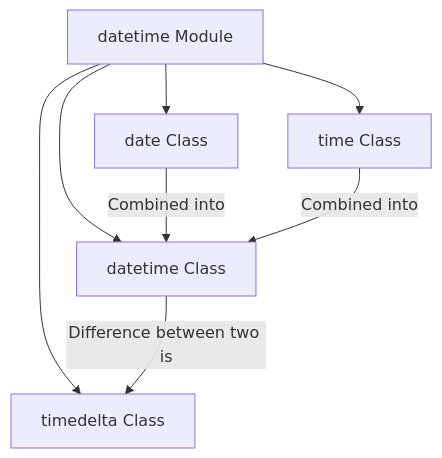
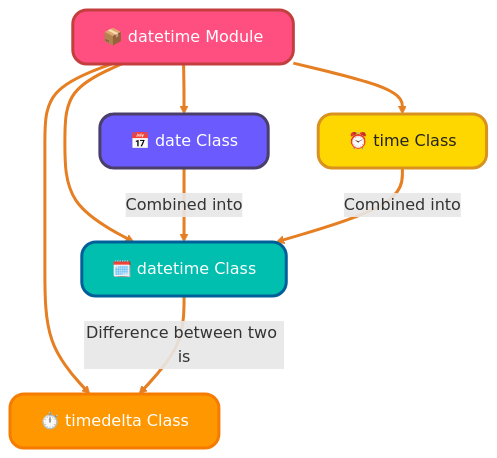
One commit to infoyouth/infoyouth.github.io changed the first of 8 diagrams in _posts/python/2025-12-06-20.-working-with-dates-and-times.md. Above: the diagram before and after it, drawn with Mermaid. The commit also changed other lines of this file and 1 other file, not shown here.

Commit message:
feat: apply BLOG-REVIEW-RULES styling to Python datetime and TypeScript posts TypeScript post: - Minor updates and refinements

````diff
--- a/_posts/python/2025-12-06-20.-working-with-dates-and-times.md
+++ b/_posts/python/2025-12-06-20.-working-with-dates-and-times.md
@@ -52,10 +57,18 @@
 ```mermaid
 graph TD
-    A[datetime Module] --> B[date Class];
-    A --> C[time Class];
-    A --> D[datetime Class];
-    A --> E[timedelta Class];
-    B -- "Combined into" --> D;
-    C -- "Combined into" --> D;
-    D -- "Difference between two is" --> E;
+    A["📦 datetime Module"]:::style1 --> B["📅 date Class"]:::style2
+    A --> C["⏰ time Class"]:::style3
+    A --> D["🗓️ datetime Class"]:::style4
+    A --> E["⏱️ timedelta Class"]:::style5
+    B -- "Combined into" --> D
+    C -- "Combined into" --> D
+    D -- "Difference between two is" --> E
+
+    classDef style1 fill:#ff4f81,stroke:#c43e3e,color:#fff,font-size:16px,stroke-width:3px,rx:14,shadow:6px;
+    classDef style2 fill:#6b5bff,stroke:#4a3f6b,color:#fff,font-size:16px,stroke-width:3px,rx:14,shadow:6px;
+    classDef style3 fill:#ffd700,stroke:#d99120,color:#222,font-size:16px,stroke-width:3px,rx:14,shadow:6px;
+    classDef style4 fill:#00bfae,stroke:#005f99,color:#fff,font-size:16px,stroke-width:3px,rx:14,shadow:6px;
+    classDef style5 fill:#ff9800,stroke:#f57c00,color:#fff,font-size:16px,stroke-width:3px,rx:14,shadow:6px;
+
+    linkStyle default stroke:#e67e22,stroke-width:3px;
 ```
````
